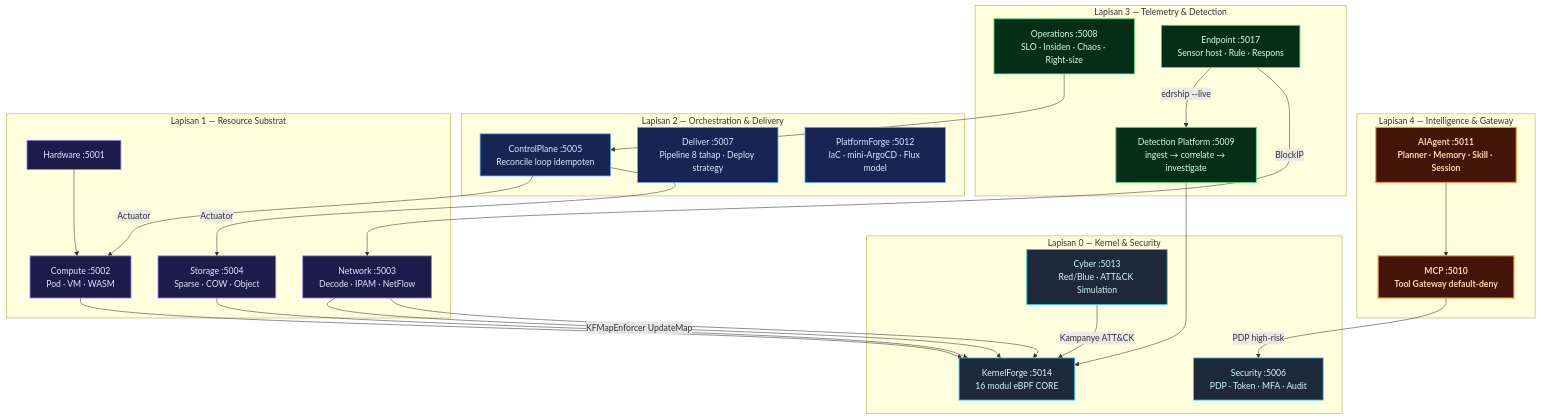
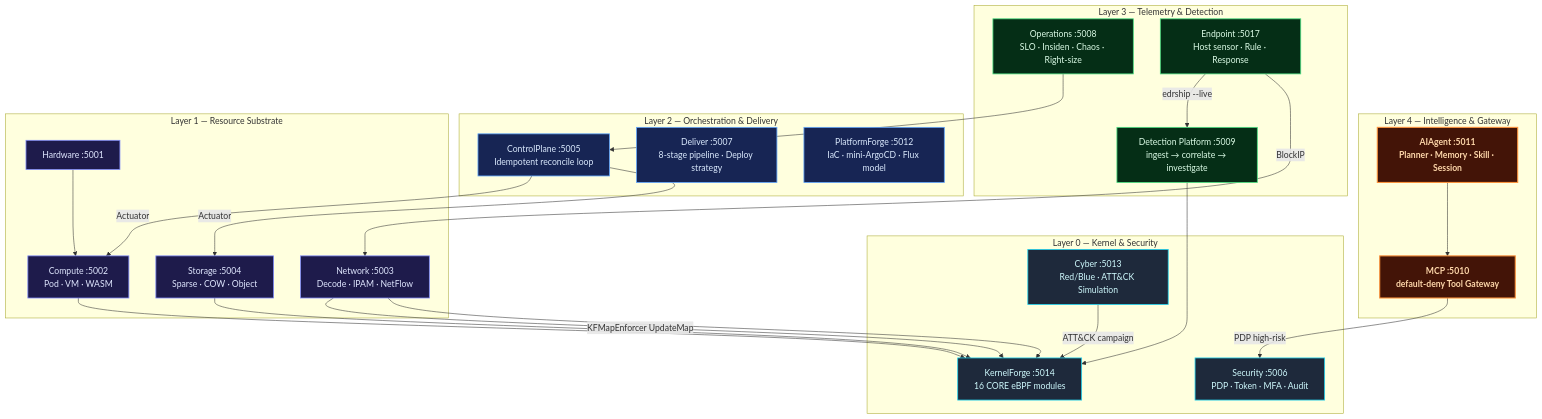
Before and after one commit to renaldyhidayatt/renaldyhidayatt.github.io: the first of 7 diagrams in src/content/portfolio/pieroloka-golang.mdx, drawn with Mermaid. The commit also changed other lines of this file and 97 other files, not shown here.

````diff
--- a/src/content/portfolio/pieroloka-golang.mdx
+++ b/src/content/portfolio/pieroloka-golang.mdx
@@ -97,53 +98,53 @@
 ```mermaid
 graph TB
     classDef l4 fill:#431407,stroke:#fb923c,color:#fed7aa,stroke-width:2px,font-weight:bold
     classDef l3 fill:#052e16,stroke:#4ade80,color:#dcfce7,stroke-width:1.5px
     classDef l2 fill:#172554,stroke:#60a5fa,color:#dbeafe,stroke-width:1.5px
     classDef l1 fill:#1e1b4b,stroke:#818cf8,color:#e0e7ff,stroke-width:1.5px
     classDef l0 fill:#1e293b,stroke:#22d3ee,color:#cffafe,stroke-width:1.5px
 
-    subgraph L4["Lapisan 4 — Intelligence & Gateway"]
-        MCP["MCP :5010<br/>Tool Gateway default-deny"]:::l4
+    subgraph L4["Layer 4 — Intelligence & Gateway"]
+        MCP["MCP :5010<br/>default-deny Tool Gateway"]:::l4
         AI["AIAgent :5011<br/>Planner · Memory · Skill · Session"]:::l4
     end
 
-    subgraph L3["Lapisan 3 — Telemetry & Detection"]
+    subgraph L3["Layer 3 — Telemetry & Detection"]
         OPS["Operations :5008<br/>SLO · Insiden · Chaos · Right-size"]:::l3
         DET["Detection Platform :5009<br/>ingest → correlate → investigate"]:::l3
-        EDR["Endpoint :5017<br/>Sensor host · Rule · Respons"]:::l3
+        EDR["Endpoint :5017<br/>Host sensor · Rule · Response"]:::l3
     end
 
-    subgraph L2["Lapisan 2 — Orchestration & Delivery"]
-        CP["ControlPlane :5005<br/>Reconcile loop idempoten"]:::l2
-        DEL["Deliver :5007<br/>Pipeline 8 tahap · Deploy strategy"]:::l2
+    subgraph L2["Layer 2 — Orchestration & Delivery"]
+        CP["ControlPlane :5005<br/>Idempotent reconcile loop"]:::l2
+        DEL["Deliver :5007<br/>8-stage pipeline · Deploy strategy"]:::l2
         PF["PlatformForge :5012<br/>IaC · mini-ArgoCD · Flux model"]:::l2
     end
 
-    subgraph L1["Lapisan 1 — Resource Substrat"]
+    subgraph L1["Layer 1 — Resource Substrate"]
         HW["Hardware :5001"]:::l1
         CMP["Compute :5002<br/>Pod · VM · WASM"]:::l1
         NET["Network :5003<br/>Decode · IPAM · NetFlow"]:::l1
         STO["Storage :5004<br/>Sparse · COW · Object"]:::l1
     end
 
-    subgraph L0["Lapisan 0 — Kernel & Security"]
+    subgraph L0["Layer 0 — Kernel & Security"]
         SEC["Security :5006<br/>PDP · Token · MFA · Audit"]:::l0
         CYB["Cyber :5013<br/>Red/Blue · ATT&CK Simulation"]:::l0
-        KF["KernelForge :5014<br/>16 modul eBPF CORE"]:::l0
+        KF["KernelForge :5014<br/>16 CORE eBPF modules"]:::l0
     end
 
     AI --> MCP
     MCP -->|PDP high-risk| SEC
     OPS --> CP
     DET --> KF
     EDR -->|edrship --live| DET
     EDR -->|BlockIP| NET
     CP -->|Actuator| CMP
     CP -->|Actuator| STO
     NET -->|KFMapEnforcer UpdateMap| KF
-    CYB -->|Kampanye ATT&CK| KF
+    CYB -->|ATT&CK campaign| KF
     HW --> CMP
     CMP --> KF
     NET --> KF
     STO --> KF
 ```
````
